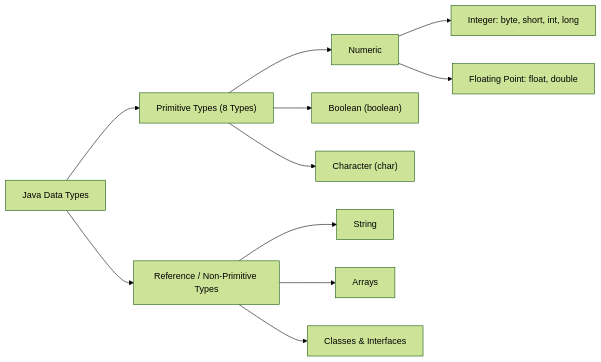
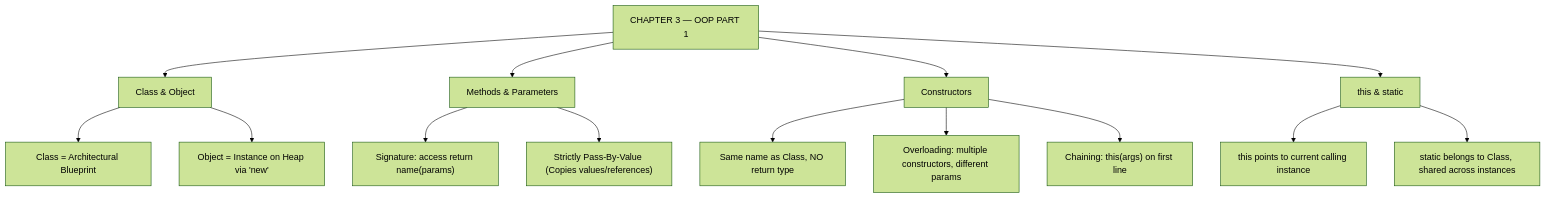
Before and after one commit to CHANDUAJMEERA277/ksai_final: the diagram in java/chapter3.md, drawn with Mermaid (forest theme). The commit also changed other lines of this file and 21 other files, not shown here.

Commit message:
feat: replace all Java chapter markdown files with complete publication textbook content from PDF

````diff
--- a/java/chapter3.md
+++ b/java/chapter3.md
@@ -74,16 +559,20 @@
 ```mermaid
-graph LR
-    DataTypes["Java Data Types"] --> Prim["Primitive Types (8 Types)"]
-    DataTypes --> NonPrim["Reference / Non-Primitive Types"]
+graph TD
+    Root["CHAPTER 3 — OOP PART 1"] --> ClassObj["Class & Object"]
+    Root --> Methods["Methods & Parameters"]
+    Root --> Ctors["Constructors"]
+    Root --> Scope["this & static"]
 
-    Prim --> Num["Numeric"]
-    Prim --> Bool["Boolean (boolean)"]
-    Prim --> Text["Character (char)"]
+    ClassObj --> Blueprint["Class = Architectural Blueprint"]
+    ClassObj --> Instance["Object = Instance on Heap via 'new'"]
 
-    Num --> Ints["Integer: byte, short, int, long"]
-    Num --> Floats["Floating Point: float, double"]
+    Methods --> Signature["Signature: access return name(params)"]
+    Methods --> PassValue["Strictly Pass-By-Value (Copies values/references)"]
 
-    NonPrim --> Strings["String"]
-    NonPrim --> Arrays["Arrays"]
-    NonPrim --> Classes["Classes & Interfaces"]
+    Ctors --> Rules["Same name as Class, NO return type"]
+    Ctors --> Overload["Overloading: multiple constructors, different params"]
+    Ctors --> Chain["Chaining: this(args) on first line"]
+
+    Scope --> ThisKw["this points to current calling instance"]
+    Scope --> StaticKw["static belongs to Class, shared across instances"]
 ```
````
